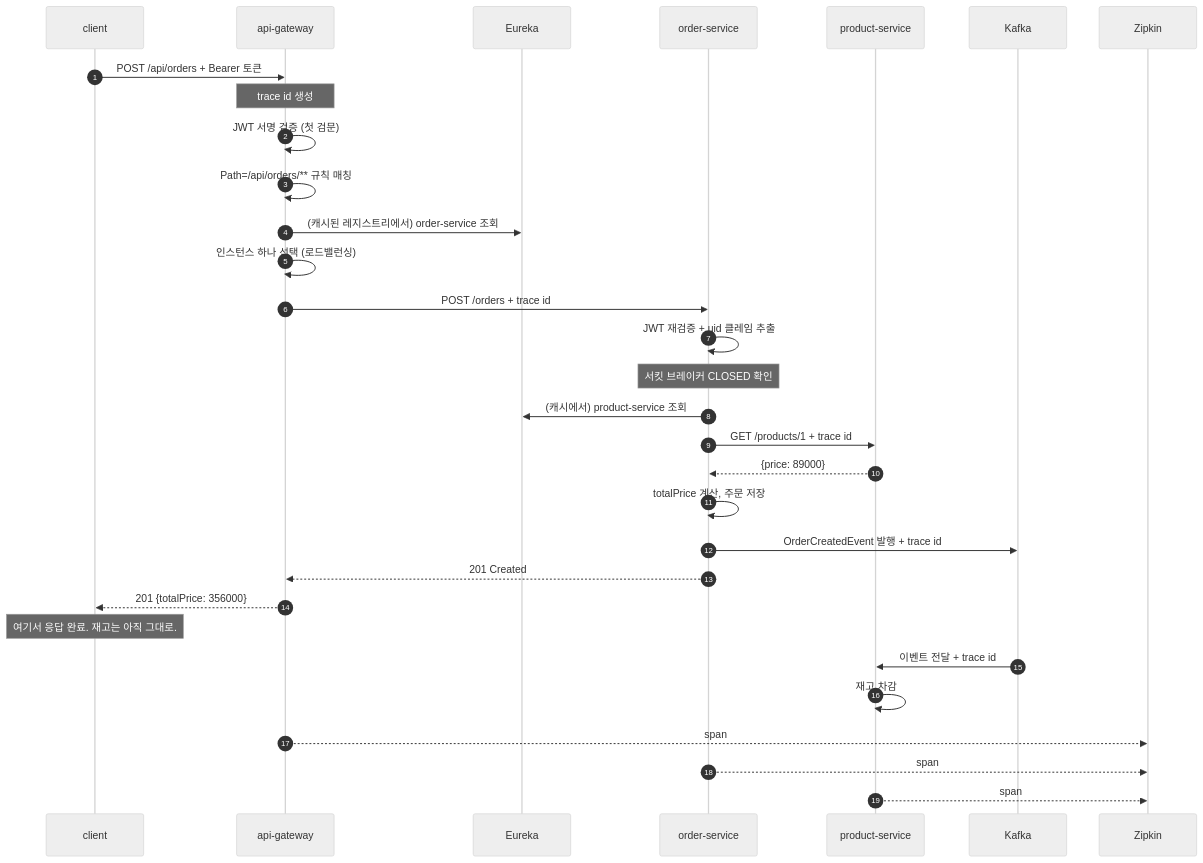
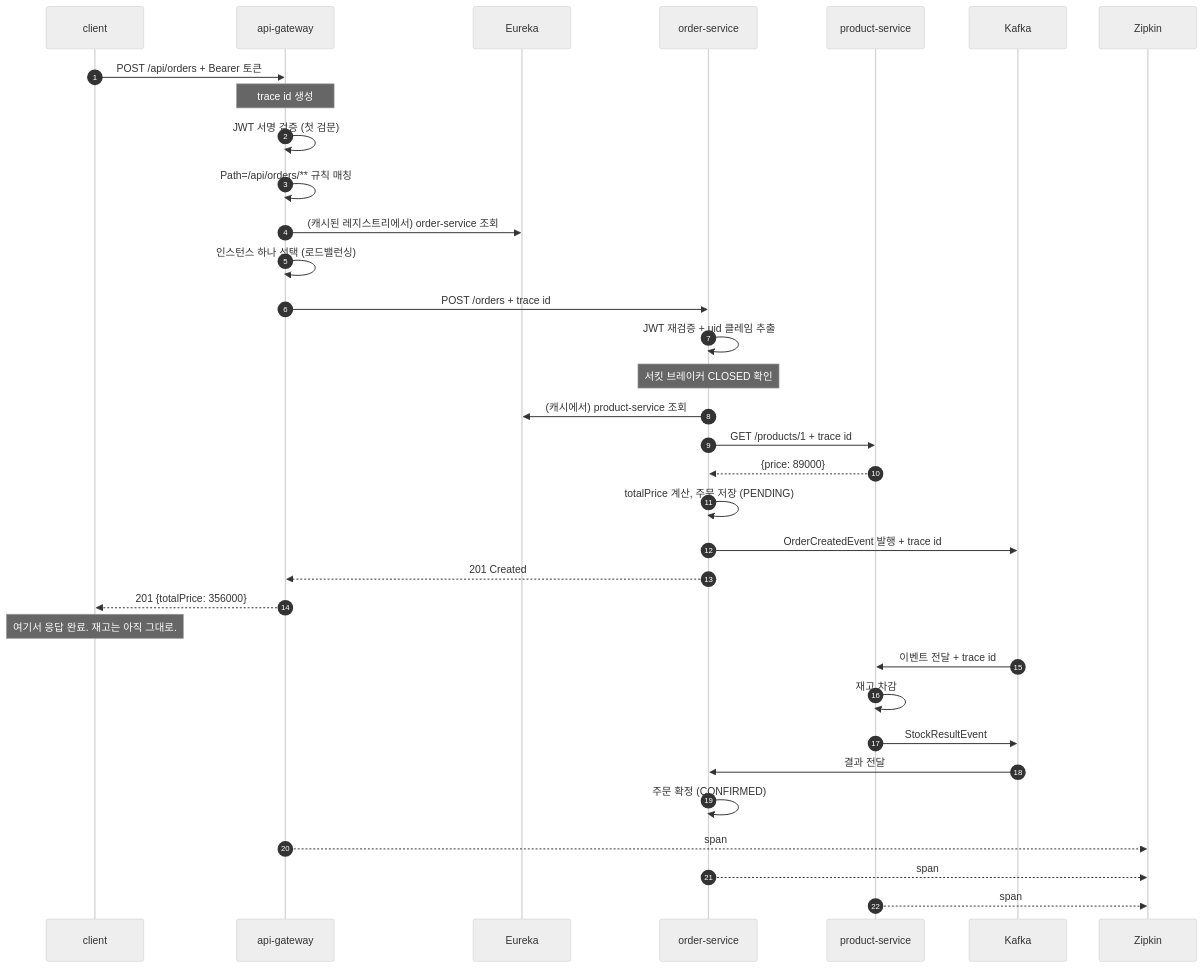
One commit to Jin-dev92/springboot-simple-msa changed diagram 20 of 20 in docs/msa-learning-note.md. Above: the diagram before and after it, drawn with Mermaid (neutral theme). The commit also changed other lines of this file and 12 other files, not shown here.

````diff
--- a/docs/msa-learning-note.md
+++ b/docs/msa-learning-note.md
@@ -770,40 +948,43 @@
 ```mermaid
 sequenceDiagram
     autonumber
     participant C as client
     participant G as api-gateway
     participant E as Eureka
     participant O as order-service
     participant P as product-service
     participant K as Kafka
     participant Z as Zipkin
 
     C->>G: POST /api/orders + Bearer 토큰
     Note over G: trace id 생성
     G->>G: JWT 서명 검증 (첫 검문)
 
     G->>G: Path=/api/orders/** 규칙 매칭
     G->>E: (캐시된 레지스트리에서) order-service 조회
     G->>G: 인스턴스 하나 선택 (로드밸런싱)
     G->>O: POST /orders + trace id
 
     O->>O: JWT 재검증 + uid 클레임 추출
     Note over O: 서킷 브레이커 CLOSED 확인
     O->>E: (캐시에서) product-service 조회
     O->>P: GET /products/1 + trace id
     P-->>O: {price: 89000}
 
-    O->>O: totalPrice 계산, 주문 저장
+    O->>O: totalPrice 계산, 주문 저장 (PENDING)
     O->>K: OrderCreatedEvent 발행 + trace id
     O-->>G: 201 Created
     G-->>C: 201 {totalPrice: 356000}
 
     Note over C: 여기서 응답 완료. 재고는 아직 그대로.
 
     K->>P: 이벤트 전달 + trace id
     P->>P: 재고 차감
+    P->>K: StockResultEvent
+    K->>O: 결과 전달
+    O->>O: 주문 확정 (CONFIRMED)
 
     G-->>Z: span
     O-->>Z: span
     P-->>Z: span
 ```
````
